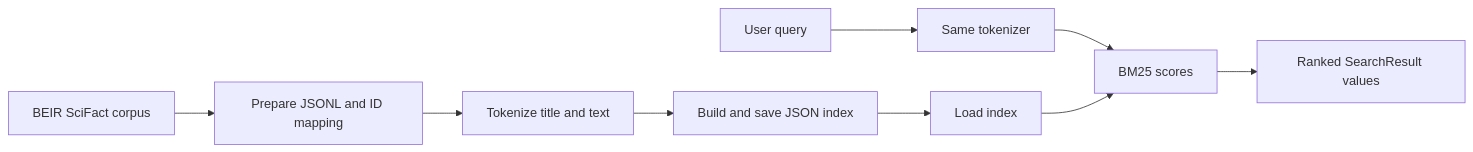
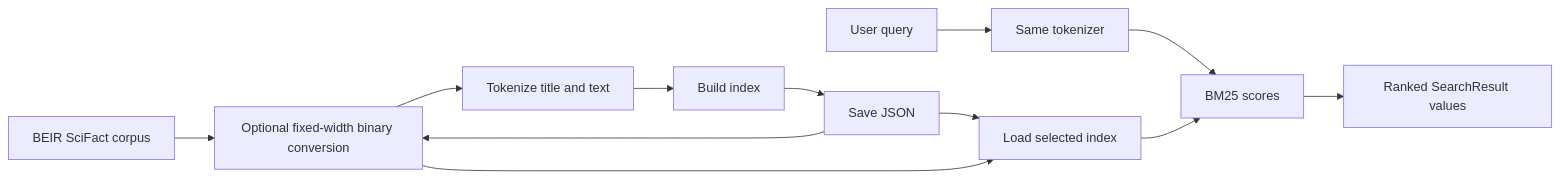
One commit to jacobkasimir/StrataJanus-IR changed the diagram in docs/index.md. Above: the diagram before and after it, drawn with Mermaid. The commit also changed other lines of this file and 12 other files, not shown here.

````diff
--- a/docs/index.md
+++ b/docs/index.md
@@ -23,11 +25,14 @@
 ```mermaid
 flowchart LR
     A[BEIR SciFact corpus] --> B[Prepare JSONL and ID mapping]
     B --> C[Tokenize title and text]
-    C --> D[Build and save JSON index]
+    C --> D[Build index]
+    D --> J[Save JSON]
+    J --> B[Optional fixed-width binary conversion]
     Q[User query] --> E[Same tokenizer]
     E --> F[BM25 scores]
-    D --> L[Load index]
+    J --> L[Load selected index]
+    B --> L
     L --> F
     F --> G[Ranked SearchResult values]
 ```
````
